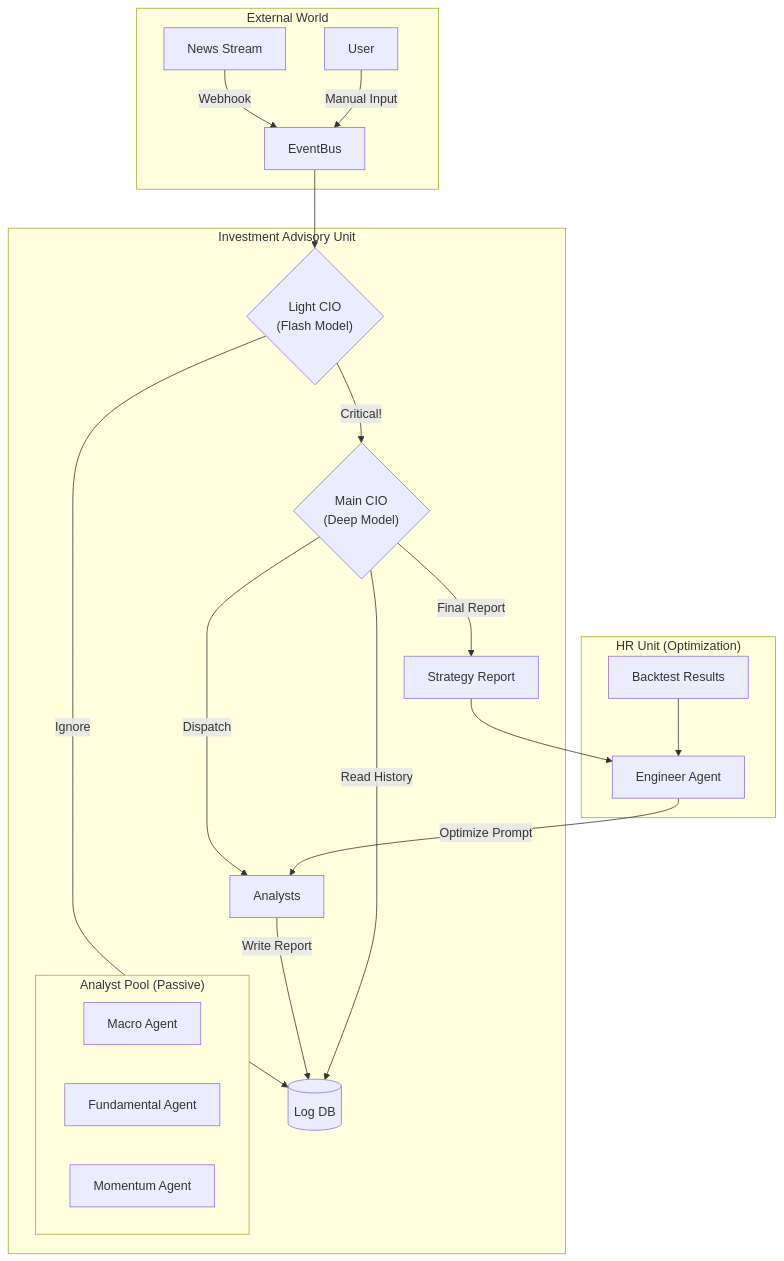
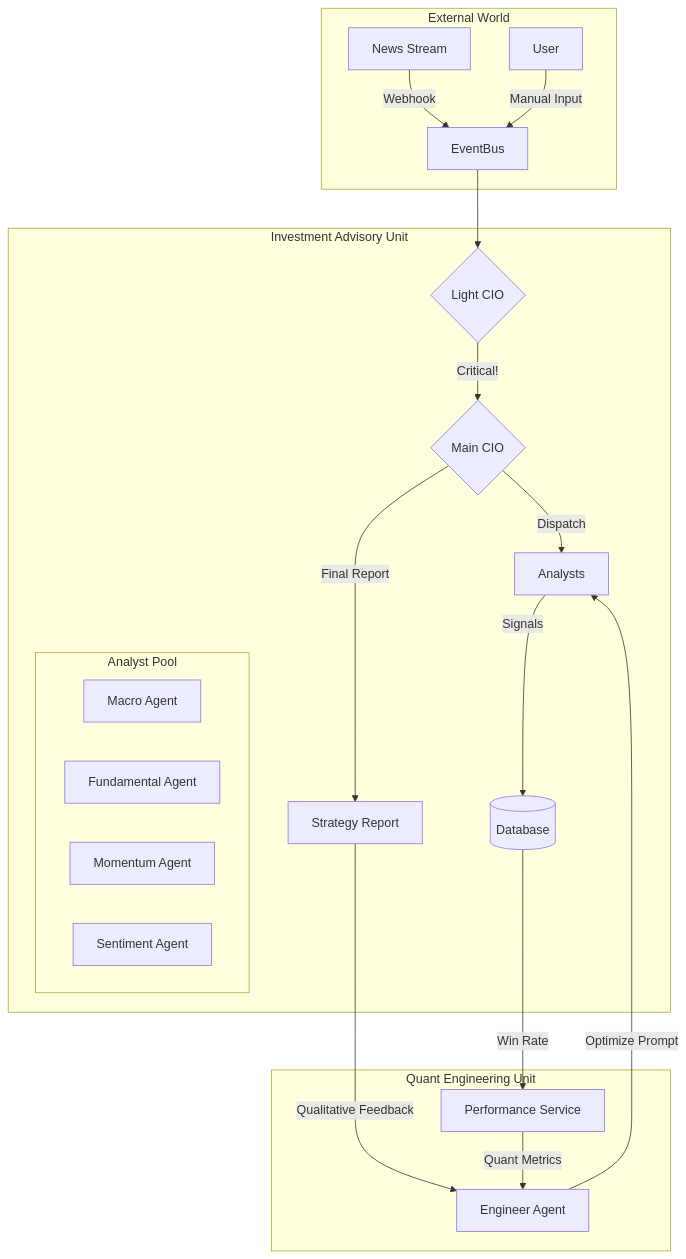
The first of 2 diagrams in wiki/04_Architect_View/System-Overview.md (neohsiung/AI-Investment-Advisor), drawn with Mermaid before and after one commit. The commit also changed other lines of this file and 43 other files, not shown here.

First line of the commit message:
feat(v3.1): enhance architecture with sentiment agent, k8s support & performance tracking | 增強架構：新增情緒代理、K8s 支援與績效追蹤

````diff
--- a/wiki/04_Architect_View/System-Overview.md
+++ b/wiki/04_Architect_View/System-Overview.md
@@ -81,31 +85,31 @@
 ```mermaid
 graph TB
     subgraph "External World"
         News[News Stream] -->|Webhook| EventBus
         User[User] -->|Manual Input| EventBus
     end
 
     subgraph "Investment Advisory Unit"
-        EventBus --> LightCIO{"Light CIO<br/>(Flash Model)"}
-        LightCIO -- "Ignore" --> Log[(Log DB)]
-        LightCIO -- "Critical!" --> MainCIO{"Main CIO<br/>(Deep Model)"}
+        EventBus --> LightCIO{"Light CIO"}
+        LightCIO -- "Critical!" --> MainCIO{"Main CIO"}
         
         MainCIO -->|Dispatch| Analysts
         
-        subgraph "Analyst Pool (Passive)"
+        subgraph "Analyst Pool"
             MA[Macro Agent]
             FA[Fundamental Agent]
             MO[Momentum Agent]
+            SA[Sentiment Agent]
         end
         
-        Analysts -->|Write Report| Log
-        MainCIO -->|Read History| Log
+        Analysts -->|Signals| DB[(Database)]
         MainCIO -->|Final Report| Report[Strategy Report]
     end
 
-    subgraph "HR Unit (Optimization)"
-        Report --> HR[Engineer Agent]
-        Feedback[Backtest Results] --> HR
+    subgraph "Quant Engineering Unit"
+        DB -->|Win Rate| Perf[Performance Service]
+        Report -->|Qualitative Feedback| HR[Engineer Agent]
+        Perf -->|Quant Metrics| HR
         HR -->|Optimize Prompt| Analysts
     end
 ```
````
